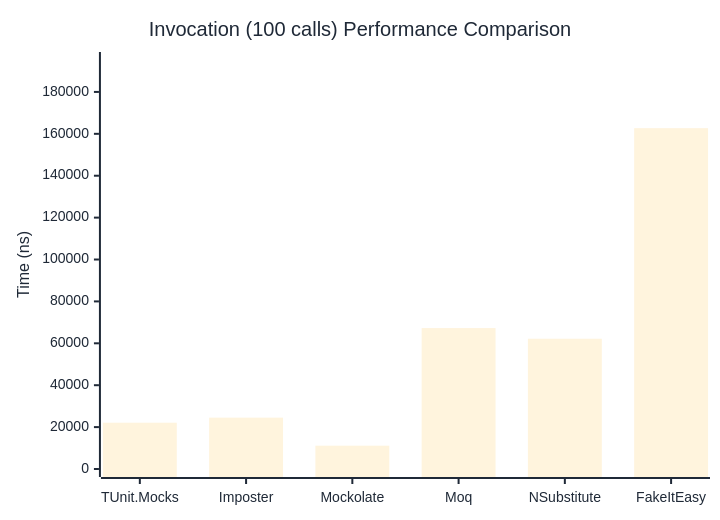
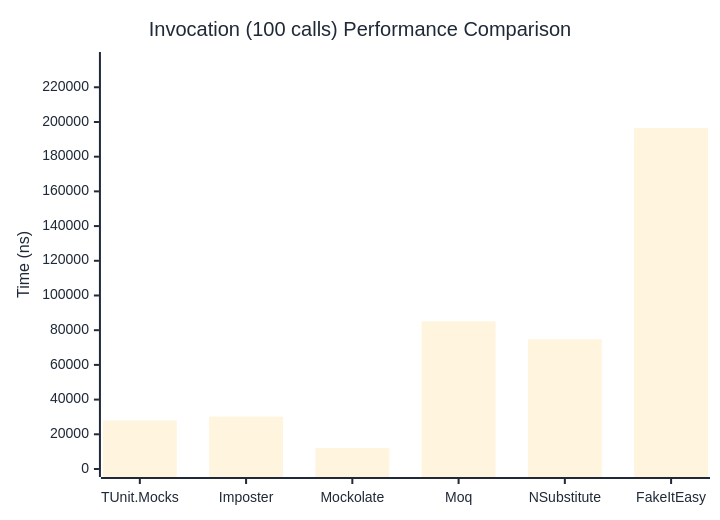
One commit to thomhurst/TUnit changed the third of 3 diagrams in docs/docs/benchmarks/mocks/Invocation.md. Above: the diagram before and after it, drawn with Mermaid. The commit also changed other lines of this file and 14 other files, not shown here.

````diff
--- a/docs/docs/benchmarks/mocks/Invocation.md
+++ b/docs/docs/benchmarks/mocks/Invocation.md
@@ -112,27 +112,27 @@
 ```mermaid
 %%{init: {
   'theme':'base',
   'themeVariables': {
     'primaryColor': '#2563eb',
     'primaryTextColor': '#1f2937',
     'primaryBorderColor': '#1e40af',
     'lineColor': '#6b7280',
     'secondaryColor': '#7c3aed',
     'tertiaryColor': '#dc2626',
     'background': '#ffffff',
     'pie1': '#2563eb',
     'pie2': '#7c3aed',
     'pie3': '#dc2626',
     'pie4': '#f59e0b',
     'pie5': '#10b981',
     'pie6': '#06b6d4',
     'pie7': '#ec4899',
     'pie8': '#6366f1'
   }
 }}%%
 xychart-beta
   title "Invocation (100 calls) Performance Comparison"
   x-axis ["TUnit.Mocks", "Imposter", "Mockolate", "Moq", "NSubstitute", "FakeItEasy"]
-  y-axis "Time (ns)" 0 --> 195239
-  bar [22101.89, 24515.09, 11135.19, 67274.15, 62177.48, 162698.93]
+  y-axis "Time (ns)" 0 --> 235717
+  bar [27961.6, 30169.7, 12039, 85076.4, 74735, 196430.6]
 ```
````
